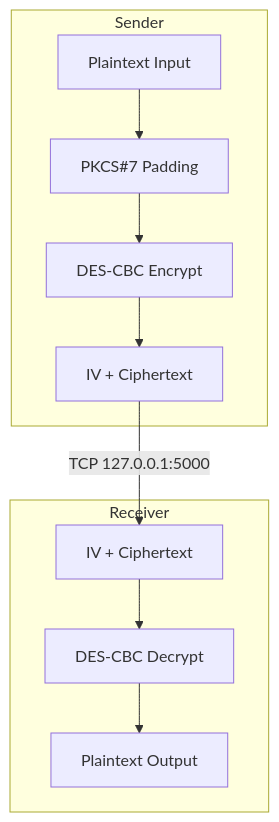
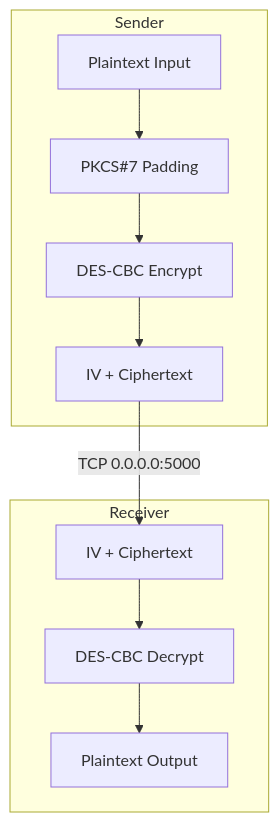
One commit to betasygma/academic-archive changed the first of 3 diagrams in semester-05/information-security/assignments/01-des-tcp-communication/README.md. Above: the diagram before and after it, drawn with Mermaid. The commit also changed other lines of this file and 6 other files, not shown here.

````diff
--- a/semester-05/information-security/assignments/01-des-tcp-communication/README.md
+++ b/semester-05/information-security/assignments/01-des-tcp-communication/README.md
@@ -88,13 +88,13 @@
 ```mermaid
 flowchart TB
     subgraph Sender
         A[Plaintext Input] --> B[PKCS#7 Padding]
         B --> C[DES-CBC Encrypt]
         C --> D[IV + Ciphertext]
     end
-    D -->|"TCP 127.0.0.1:5000"| E
+    D -->|"TCP 0.0.0.0:5000"| E
     subgraph Receiver
         E[IV + Ciphertext] --> F[DES-CBC Decrypt]
         F --> G[Plaintext Output]
     end
 ```
````
